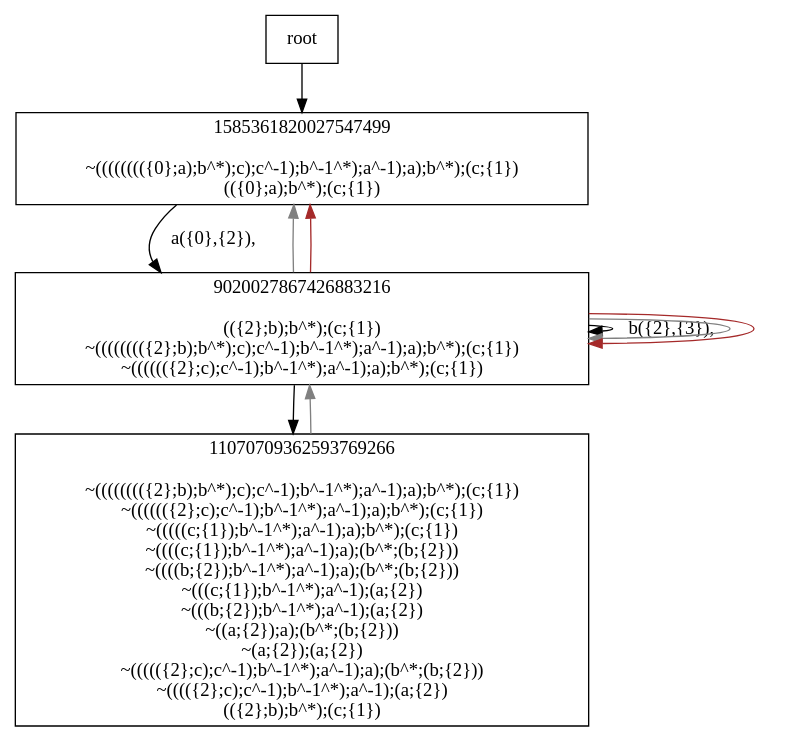
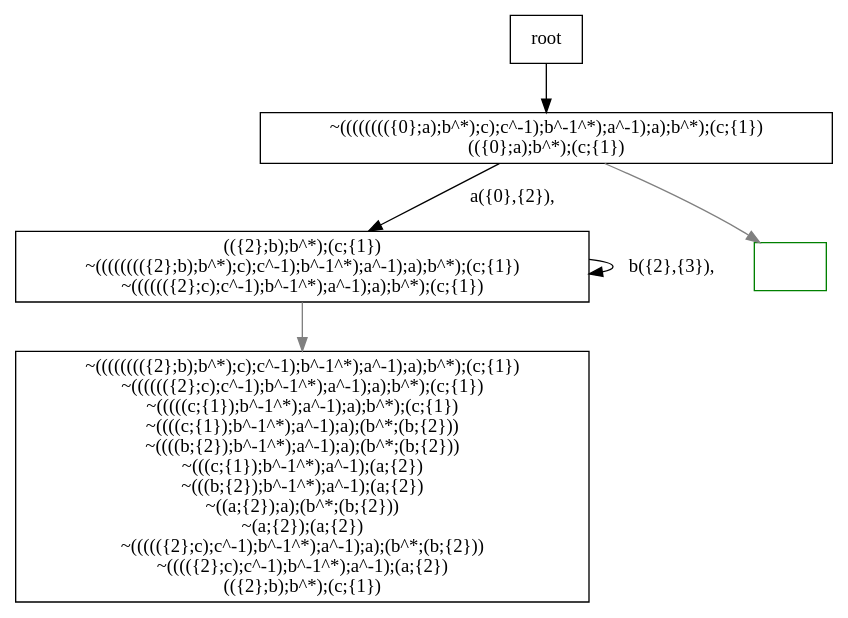
Before and after one commit to jangreen/rat: the diagram in output/regular.dot, drawn with Graphviz. The commit also changed 7 other files, not shown here.

```diff
--- a/output/regular.dot
+++ b/output/regular.dot
@@ -1,41 +1,41 @@
 digraph {
 node[shape="box"]
-N0x129711380[label="1585361820027547499
+N0x144f14330[tooltip="1585361820027547499
 
-~(((((((({0};a);b^*);c);c^-1);b^-1^*);a^-1);a);b^*);(c;{1})
+", label="~(((((((({0};a);b^*);c);c^-1);b^-1^*);a^-1);a);b^*);(c;{1})
 (({0};a);b^*);(c;{1})
 "];
-N0x129711380 -> N0x12a805270[label="a({0},{2}), 
+N0x144f14330 -> N0x144f27450[label ="a({0},{2}), 
 "];
-N0x12a805270[label="9020027867426883216
+N0x144f14330 -> N0x1461678c0[color="grey", label ="
+"];
+N0x144f27450[tooltip="9020027867426883216
 
-(({2};b);b^*);(c;{1})
+", label="(({2};b);b^*);(c;{1})
 ~(((((((({2};b);b^*);c);c^-1);b^-1^*);a^-1);a);b^*);(c;{1})
 ~(((((({2};c);c^-1);b^-1^*);a^-1);a);b^*);(c;{1})
 "];
-N0x12a805270 -> N0x12a805270[label="b({2},{3}), 
+N0x144f27450 -> N0x144f27450[label ="b({2},{3}), 
 "];
-N0x12a805270 -> N0x12a922660[label="
+N0x144f27450 -> N0x14614dea0[color="grey", label ="
 "];
-N0x12a805270 -> N0x129711380[color="grey"];
-N0x12a805270 -> N0x12a805270[color="grey"];
-N0x12a805270 -> N0x129711380[color="brown"];
-N0x12a805270 -> N0x12a805270[color="brown"];
-N0x12a922660[label="11070709362593769266
+N0x14614dea0[tooltip="11070709362593769266
 
-~(((((((({2};b);b^*);c);c^-1);b^-1^*);a^-1);a);b^*);(c;{1})
+", label="~(((((((({2};b);b^*);c);c^-1);b^-1^*);a^-1);a);b^*);(c;{1})
 ~(((((({2};c);c^-1);b^-1^*);a^-1);a);b^*);(c;{1})
 ~(((((c;{1});b^-1^*);a^-1);a);b^*);(c;{1})
 ~((((c;{1});b^-1^*);a^-1);a);(b^*;(b;{2}))
 ~((((b;{2});b^-1^*);a^-1);a);(b^*;(b;{2}))
 ~(((c;{1});b^-1^*);a^-1);(a;{2})
 ~(((b;{2});b^-1^*);a^-1);(a;{2})
 ~((a;{2});a);(b^*;(b;{2}))
 ~(a;{2});(a;{2})
 ~((((({2};c);c^-1);b^-1^*);a^-1);a);(b^*;(b;{2}))
 ~(((({2};c);c^-1);b^-1^*);a^-1);(a;{2})
 (({2};b);b^*);(c;{1})
 "];
-N0x12a922660 -> N0x12a805270[color="grey"];
-root -> N0x129711380;
+N0x1461678c0[tooltip="0
+
+", label="", color=green];
+root -> N0x144f14330;
 }
```
